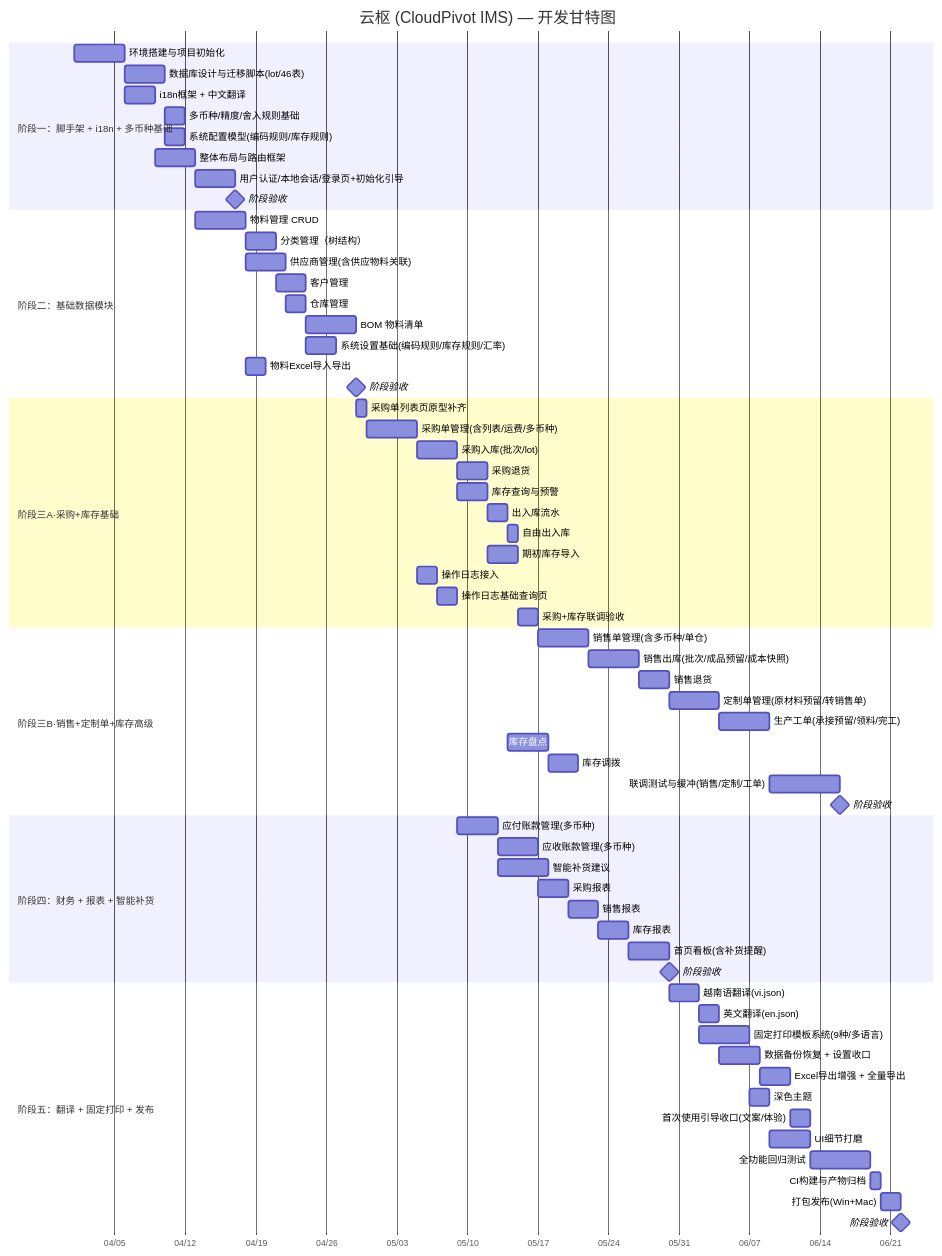
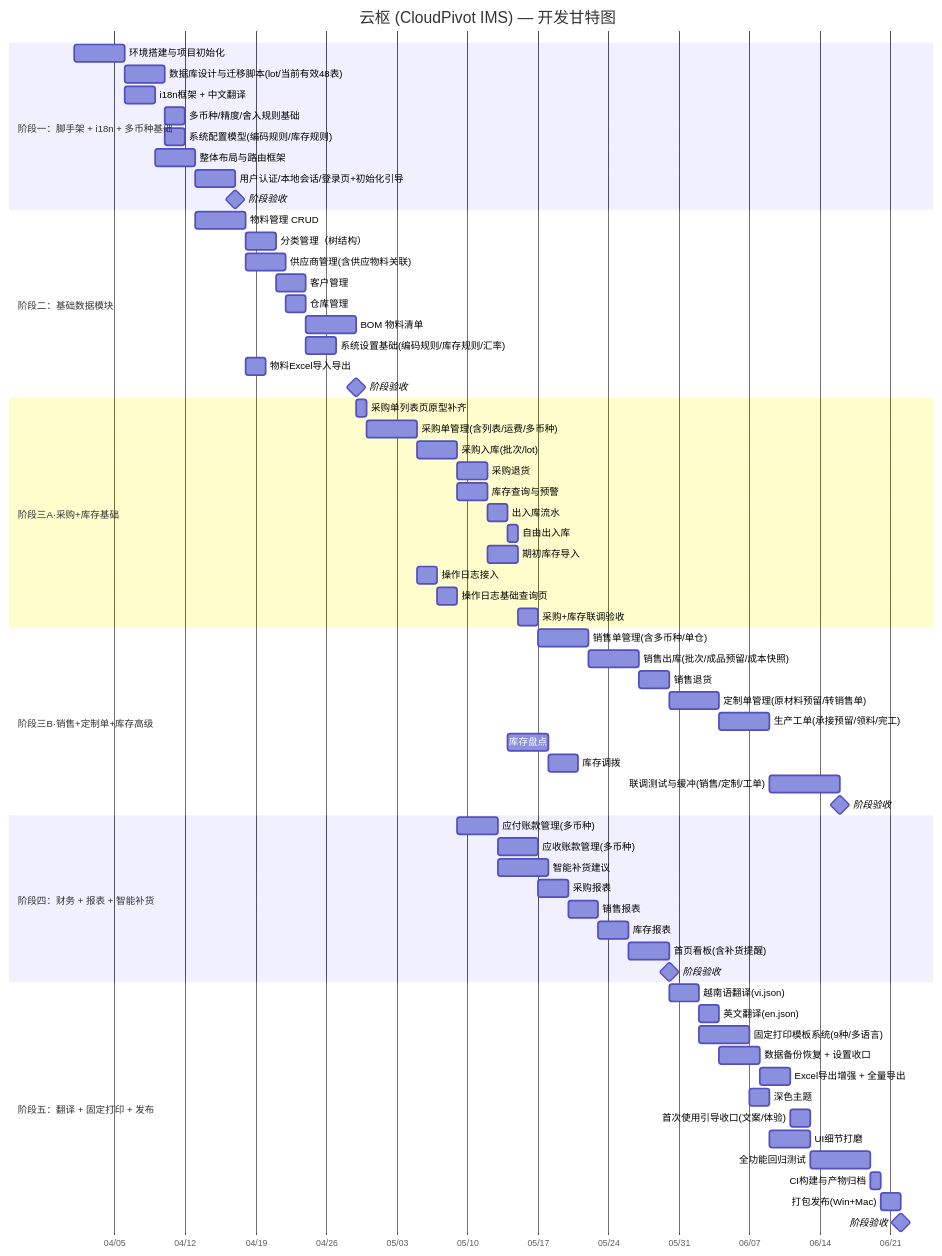
The diagram in docs/04-development-plan.md (kurisu994/CloudPivot), drawn with Mermaid before and after one commit. The commit also changed other lines of this file and 5 other files, not shown here.

````diff
--- a/docs/04-development-plan.md
+++ b/docs/04-development-plan.md
@@ -25,75 +25,75 @@
 ```mermaid
 gantt
     title 云枢 (CloudPivot IMS) — 开发甘特图
     dateFormat  YYYY-MM-DD
     axisFormat  %m/%d
 
     section 阶段一：脚手架 + i18n + 多币种基础
     环境搭建与项目初始化         :a1, 2026-04-01, 5d
-    数据库设计与迁移脚本(lot/46表) :a2, after a1, 4d
+    数据库设计与迁移脚本(lot/当前有效48表) :a2, after a1, 4d
     i18n框架 + 中文翻译         :a3, after a1, 3d
     多币种/精度/舍入规则基础      :a4, after a2, 2d
     系统配置模型(编码规则/库存规则) :a5, after a2, 2d
     整体布局与路由框架           :a6, after a3, 4d
     用户认证/本地会话/登录页+初始化引导 :a7, after a6, 4d
     阶段验收                     :milestone, after a7, 0d
 
     section 阶段二：基础数据模块
     物料管理 CRUD                :b1, after a6, 5d
     分类管理（树结构）           :b2, after b1, 3d
     供应商管理(含供应物料关联)    :b3, after b1, 4d
     客户管理                     :b4, after b2, 3d
     仓库管理                     :b5, after b3, 2d
     BOM 物料清单                 :b6, after b4, 5d
     系统设置基础(编码规则/库存规则/汇率) :b7, after b5, 3d
     物料Excel导入导出            :b9, after b1, 2d
     阶段验收                     :milestone, after b6, 0d
 
     section 阶段三A·采购+库存基础
     采购单列表页原型补齐          :c0, after b6, 1d
     采购单管理(含列表/运费/多币种) :c1, after c0, 5d
     采购入库(批次/lot)            :c2, after c1, 4d
     采购退货                     :c3, after c2, 3d
     库存查询与预警               :c7, after c2, 3d
     出入库流水                   :c8, after c7, 2d
     自由出入库                   :c8a, after c8, 1d
     期初库存导入                 :c9, after c7, 3d
     操作日志接入                 :c10, after c1, 2d
     操作日志基础查询页           :c10a, after c10, 2d
     采购+库存联调验收            :c_m, after c9, 2d
 
     section 阶段三B·销售+定制单+库存高级
     销售单管理(含多币种/单仓)     :c4, after c_m, 5d
     销售出库(批次/成品预留/成本快照) :c5, after c4, 5d
     销售退货                     :c6, after c5, 3d
     定制单管理(原材料预留/转销售单) :c13, after c6, 5d
     生产工单(承接预留/领料/完工)  :c15, after c13, 5d
     库存盘点                     :c11, after c8, 4d
     库存调拨                     :c12, after c11, 3d
     联调测试与缓冲(销售/定制/工单) :c14, after c15, 7d
     阶段验收                     :milestone, after c14, 0d
 
     section 阶段四：财务 + 报表 + 智能补货
     应付账款管理(多币种)         :d1, after c2, 4d
     应收账款管理(多币种)         :d2, after d1, 4d
     智能补货建议                 :d3, after d1, 5d
     采购报表                     :d4, after d2, 3d
     销售报表                     :d5, after d4, 3d
     库存报表                     :d6, after d5, 3d
     首页看板(含补货提醒)         :d7, after d6, 4d
     阶段验收                     :milestone, after d7, 0d
 
     section 阶段五：翻译 + 固定打印 + 发布
     越南语翻译(vi.json)          :e1, after d7, 3d
     英文翻译(en.json)            :e2, after e1, 2d
     固定打印模板系统(9种/多语言)  :e3, after e1, 5d
     数据备份恢复 + 设置收口       :e4, after e2, 4d
     Excel导出增强 + 全量导出      :e5, after e4, 3d
     深色主题                     :e6, after e3, 2d
     首次使用引导收口(文案/体验)     :e7, after e5, 2d
     UI细节打磨                   :e8, after e6, 4d
     全功能回归测试               :e9, after e7, 6d
     CI构建与产物归档             :e10, after e9, 1d
     打包发布(Win+Mac)            :e11, after e10, 2d
     阶段验收                     :milestone, after e11, 0d
 ```
````
